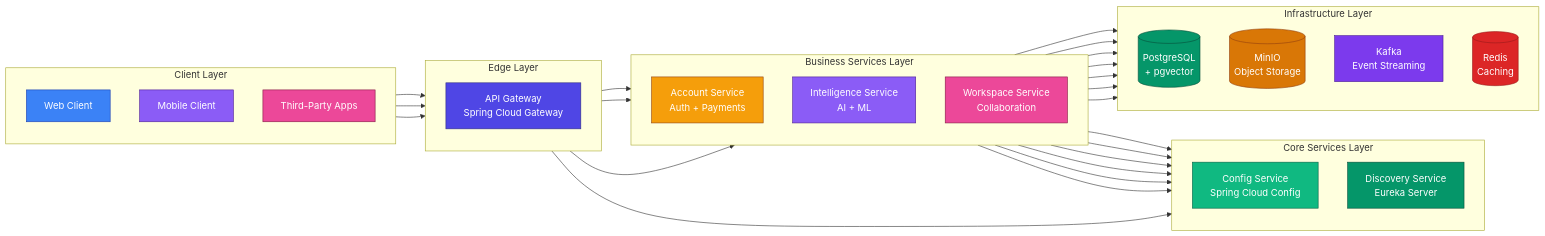
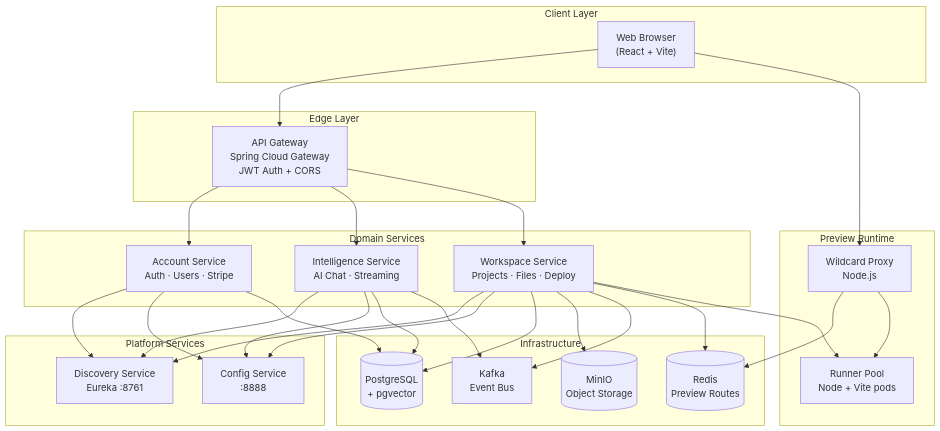
One commit to Adnan-Umar/distributed-lovable changed the first of 6 diagrams in README.md. Above: the diagram before and after it, drawn with Mermaid. The commit also changed other lines of this file, not shown here.

````diff
--- a/README.md
+++ b/README.md
@@ -136,78 +165,54 @@
 ```mermaid
-flowchart LR
-    subgraph "Client Layer"
-        direction TB
-        Web[Web Client]
-        Mobile[Mobile Client]
-        ThirdParty[Third-Party Apps]
+flowchart TB
+    subgraph Clients["Client Layer"]
+        Browser["Web Browser<br/>(React + Vite)"]
     end
 
-    subgraph "Edge Layer"
-        direction TB
-        Gateway[API Gateway<br/>Spring Cloud Gateway]
+    subgraph Edge["Edge Layer"]
+        GW["API Gateway<br/>Spring Cloud Gateway<br/>JWT Auth + CORS"]
     end
 
-    subgraph "Core Services Layer"
-        direction TB
-        Config[Config Service<br/>Spring Cloud Config]
-        Discovery[Discovery Service<br/>Eureka Server]
+    subgraph Core["Platform Services"]
+        CFG["Config Service<br/>:8888"]
+        DISC["Discovery Service<br/>Eureka :8761"]
     end
 
-    subgraph "Business Services Layer"
-        direction TB
-        Account[Account Service<br/>Auth + Payments]
-        Intelligence[Intelligence Service<br/>AI + ML]
-        Workspace[Workspace Service<br/>Collaboration]
+    subgraph Domain["Domain Services"]
+        ACC["Account Service<br/>Auth · Users · Stripe"]
+        INT["Intelligence Service<br/>AI Chat · Streaming"]
+        WS["Workspace Service<br/>Projects · Files · Deploy"]
     end
 
-    subgraph "Infrastructure Layer"
-        direction TB
-        PG[(PostgreSQL<br/>+ pgvector)]
-        MinIO[(MinIO<br/>Object Storage)]
-        Kafka[Kafka<br/>Event Streaming]
-        Redis[(Redis<br/>Caching)]
+    subgraph Infra["Infrastructure"]
+        PG[("PostgreSQL<br/>+ pgvector")]
+        MINIO[("MinIO<br/>Object Storage")]
+        KAFKA["Kafka<br/>Event Bus"]
+        REDIS[("Redis<br/>Preview Routes")]
     end
 
-    %% Client connections
-    Web --> Gateway
-    Mobile --> Gateway
-    ThirdParty --> Gateway
+    subgraph Preview["Preview Runtime"]
+        PROXY["Wildcard Proxy<br/>Node.js"]
+        RUNNER["Runner Pool<br/>Node + Vite pods"]
+    end
 
-    %% Gateway connections
-    Gateway --> Discovery
-    Gateway --> Account
-    Gateway --> Intelligence
-    Gateway --> Workspace
+    Browser --> GW
+    GW --> ACC
+    GW --> INT
+    GW --> WS
 
-    %% Service connections to core
-    Account --> Discovery
-    Account --> Config
-    Intelligence --> Discovery
-    Intelligence --> Config
-    Workspace --> Discovery
-    Workspace --> Config
+    ACC & INT & WS --> DISC
+    ACC & INT & WS --> CFG
 
-    %% Service connections to infrastructure
-    Account --> PG
-    Intelligence --> PG
-    Intelligence --> Kafka
-    Workspace --> PG
-    Workspace --> MinIO
-    Workspace --> Redis
-    Workspace --> Kafka
+    ACC --> PG
+    INT --> PG
+    INT --> KAFKA
+    WS --> PG
+    WS --> MINIO
+    WS --> KAFKA
+    WS --> REDIS
 
-    %% Styling
-    style Web fill:#3b82f6,stroke:#1e40af,color:#fff
-    style Mobile fill:#8b5cf6,stroke:#4c1d95,color:#fff
-    style ThirdParty fill:#ec4899,stroke:#831843,color:#fff
-    style Gateway fill:#4f46e5,stroke:#312e81,color:#fff
-    style Config fill:#10b981,stroke:#065f46,color:#fff
-    style Discovery fill:#059669,stroke:#064e3b,color:#fff
-    style Account fill:#f59e0b,stroke:#92400e,color:#fff
-    style Intelligence fill:#8b5cf6,stroke:#4c1d95,color:#fff
-    style Workspace fill:#ec4899,stroke:#831843,color:#fff
-    style PG fill:#059669,stroke:#064e3b,color:#fff
-    style MinIO fill:#d97706,stroke:#92400e,color:#fff
-    style Kafka fill:#7c3aed,stroke:#4c1d95,color:#fff
-    style Redis fill:#dc2626,stroke:#991b1b,color:#fff
+    WS --> RUNNER
+    PROXY --> REDIS
+    PROXY --> RUNNER
+    Browser --> PROXY
 ```
````
